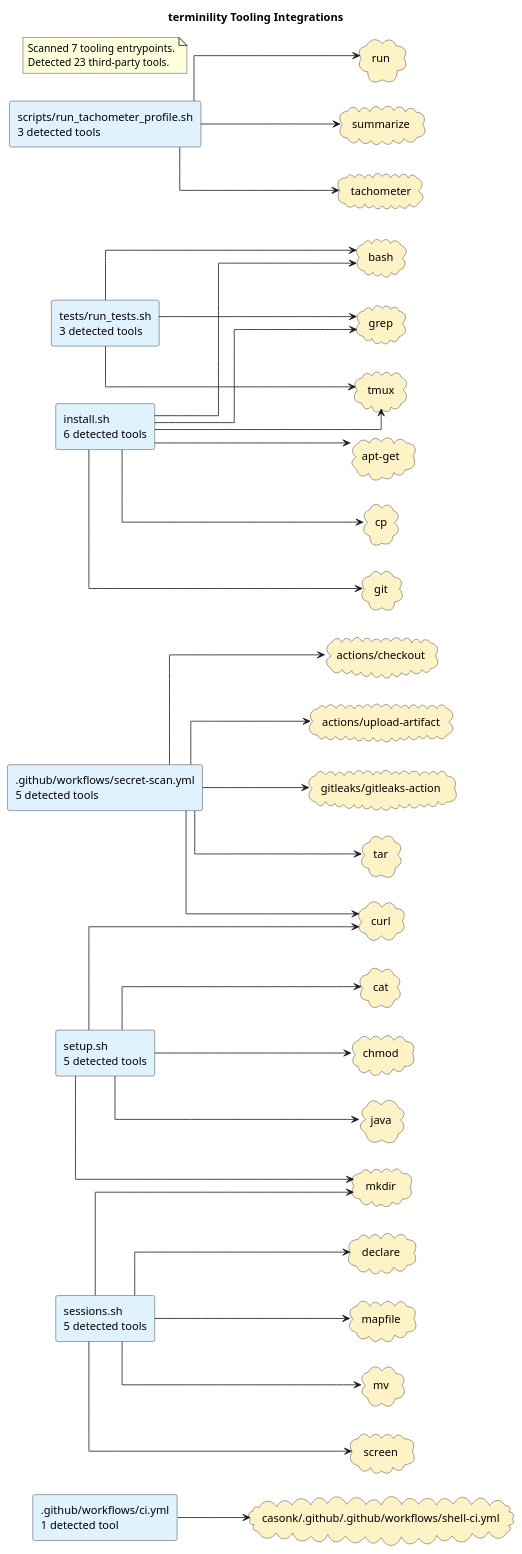
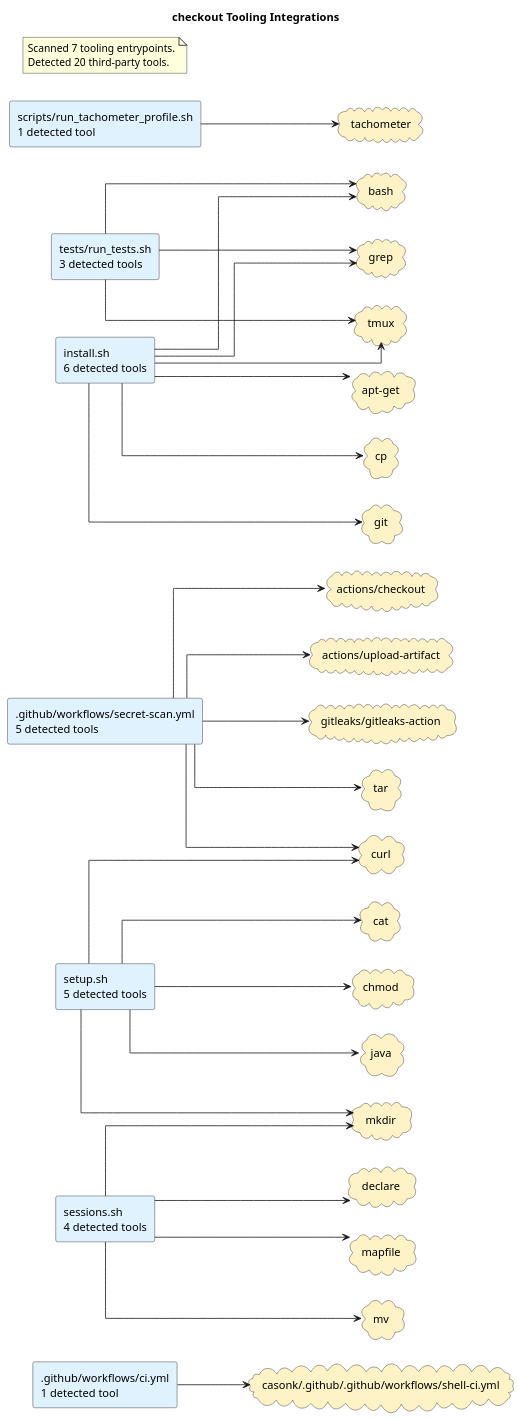
Before and after one commit to casonk/terminility: the diagram in docs/diagrams/tooling-integrations.puml, drawn with PlantUML. The commit also changed 5 other files, not shown here.

Commit message:
docs: refresh generated architecture diagrams (#14)

```diff
--- a/docs/diagrams/tooling-integrations.puml
+++ b/docs/diagrams/tooling-integrations.puml
@@ -1,70 +1,64 @@
 @startuml
-title terminility Tooling Integrations
+title checkout Tooling Integrations
 left to right direction
 skinparam shadowing false
 skinparam defaultFontName Monospace
 skinparam componentStyle rectangle
 skinparam linetype ortho
 rectangle ".github/workflows/ci.yml\n1 detected tool" as source_github_workflows_ci_yml #E0F2FE
 rectangle ".github/workflows/secret-scan.yml\n5 detected tools" as source_github_workflows_secret_scan_yml #E0F2FE
 rectangle "install.sh\n6 detected tools" as source_install_sh #E0F2FE
-rectangle "scripts/run_tachometer_profile.sh\n3 detected tools" as source_scripts_run_tachometer_profile_sh #E0F2FE
-rectangle "sessions.sh\n5 detected tools" as source_sessions_sh #E0F2FE
+rectangle "scripts/run_tachometer_profile.sh\n1 detected tool" as source_scripts_run_tachometer_profile_sh #E0F2FE
+rectangle "sessions.sh\n4 detected tools" as source_sessions_sh #E0F2FE
 rectangle "setup.sh\n5 detected tools" as source_setup_sh #E0F2FE
 rectangle "tests/run_tests.sh\n3 detected tools" as source_tests_run_tests_sh #E0F2FE
 cloud "actions/checkout" as tool_actions_checkout #FEF3C7
 cloud "actions/upload-artifact" as tool_actions_upload_artifact #FEF3C7
 cloud "apt-get" as tool_apt_get #FEF3C7
 cloud "bash" as tool_bash #FEF3C7
 cloud "casonk/.github/.github/workflows/shell-ci.yml" as tool_casonk_github_github_workflows_shell_ci_yml #FEF3C7
 cloud "cat" as tool_cat #FEF3C7
 cloud "chmod" as tool_chmod #FEF3C7
 cloud "cp" as tool_cp #FEF3C7
 cloud "curl" as tool_curl #FEF3C7
 cloud "declare" as tool_declare #FEF3C7
 cloud "git" as tool_git #FEF3C7
 cloud "gitleaks/gitleaks-action" as tool_gitleaks_gitleaks_action #FEF3C7
 cloud "grep" as tool_grep #FEF3C7
 cloud "java" as tool_java #FEF3C7
 cloud "mapfile" as tool_mapfile #FEF3C7
 cloud "mkdir" as tool_mkdir #FEF3C7
 cloud "mv" as tool_mv #FEF3C7
-cloud "run" as tool_run #FEF3C7
-cloud "screen" as tool_screen #FEF3C7
-cloud "summarize" as tool_summarize #FEF3C7
 cloud "tachometer" as tool_tachometer #FEF3C7
 cloud "tar" as tool_tar #FEF3C7
 cloud "tmux" as tool_tmux #FEF3C7
 source_github_workflows_ci_yml --> tool_casonk_github_github_workflows_shell_ci_yml
 source_github_workflows_secret_scan_yml --> tool_actions_checkout
 source_github_workflows_secret_scan_yml --> tool_actions_upload_artifact
 source_github_workflows_secret_scan_yml --> tool_curl
 source_github_workflows_secret_scan_yml --> tool_gitleaks_gitleaks_action
 source_github_workflows_secret_scan_yml --> tool_tar
 source_install_sh --> tool_apt_get
 source_install_sh --> tool_bash
 source_install_sh --> tool_cp
 source_install_sh --> tool_git
 source_install_sh --> tool_grep
 source_install_sh --> tool_tmux
-source_scripts_run_tachometer_profile_sh --> tool_run
-source_scripts_run_tachometer_profile_sh --> tool_summarize
 source_scripts_run_tachometer_profile_sh --> tool_tachometer
 source_sessions_sh --> tool_declare
 source_sessions_sh --> tool_mapfile
 source_sessions_sh --> tool_mkdir
 source_sessions_sh --> tool_mv
-source_sessions_sh --> tool_screen
 source_setup_sh --> tool_cat
 source_setup_sh --> tool_chmod
 source_setup_sh --> tool_curl
 source_setup_sh --> tool_java
 source_setup_sh --> tool_mkdir
 source_tests_run_tests_sh --> tool_bash
 source_tests_run_tests_sh --> tool_grep
 source_tests_run_tests_sh --> tool_tmux
 note as toolingGraphSummary
 Scanned 7 tooling entrypoints.
-Detected 23 third-party tools.
+Detected 20 third-party tools.
 end note
 @enduml
```
